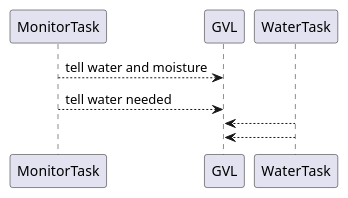
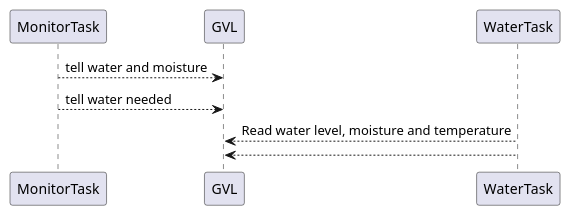
One commit to mersi940/Individual-assignment changed the diagram in src/chapter_3.md. Above: the diagram before and after it, drawn with PlantUML. The commit also changed 5 other files, not shown here.

````diff
--- a/src/chapter_3.md
+++ b/src/chapter_3.md
@@ -2,8 +2,8 @@
 ```plantuml
 @startuml
 MonitorTask--> GVL: tell water and moisture 
 MonitorTask--> GVL: tell water needed
-WaterTask--> GVL:
+WaterTask--> GVL: Read water level, moisture and temperature
 WaterTask--> GVL:
 @enduml
 ```
````
